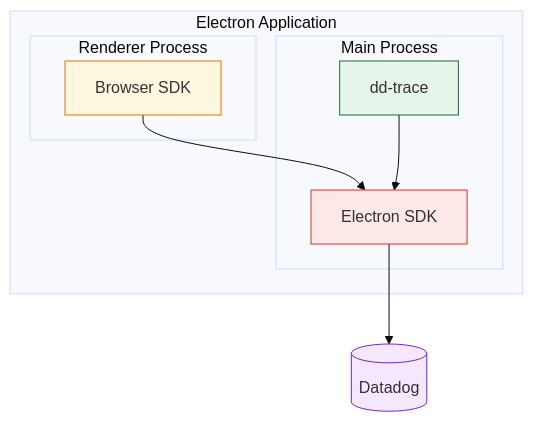
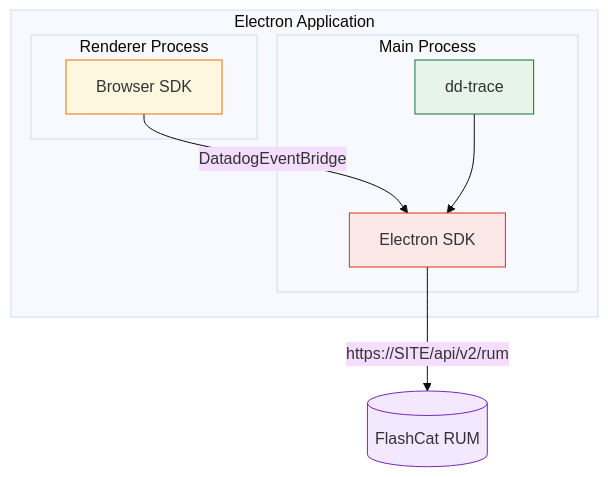
One commit to flashcatcloud/fc-sdk-electron changed the diagram in README.md. Above: the diagram before and after it, drawn with Mermaid (base theme). The commit also changed other lines of this file and 11 other files, not shown here.

````diff
--- a/README.md
+++ b/README.md
@@ -27,29 +27,29 @@
 ```mermaid
 graph TB
     subgraph Electron Application
         subgraph Renderer Process
             BP[Browser SDK]
         end
 
         subgraph Main Process
             DDT[dd-trace]
             SDK[Electron SDK]
         end
     end
 
-    DD[(Datadog)]
-    BP --> SDK
+    DD[(FlashCat RUM)]
+    BP -->|DatadogEventBridge| SDK
     DDT --> SDK
-    SDK --> DD
+    SDK -->|https://SITE/api/v2/rum| DD
 
     %% Styling
     classDef sdk fill:#fce8e6,stroke:#d93025
     classDef trace fill:#e6f4ea,stroke:#137333
     classDef browser fill:#fef7e0,stroke:#e37400
     classDef ext fill:#f3e8fd,stroke:#7627bb
 
     class BP browser
     class DDT trace
     class SDK sdk
     class DD ext
 ```
````
